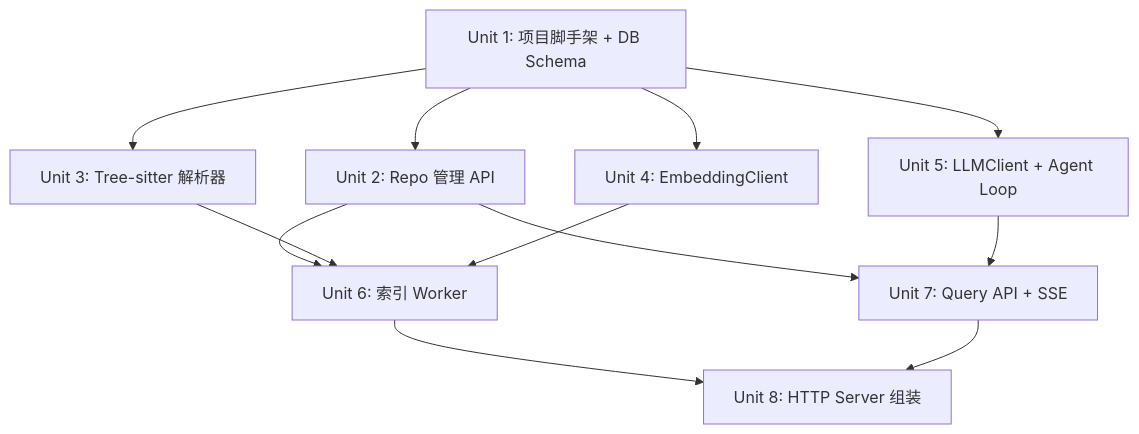
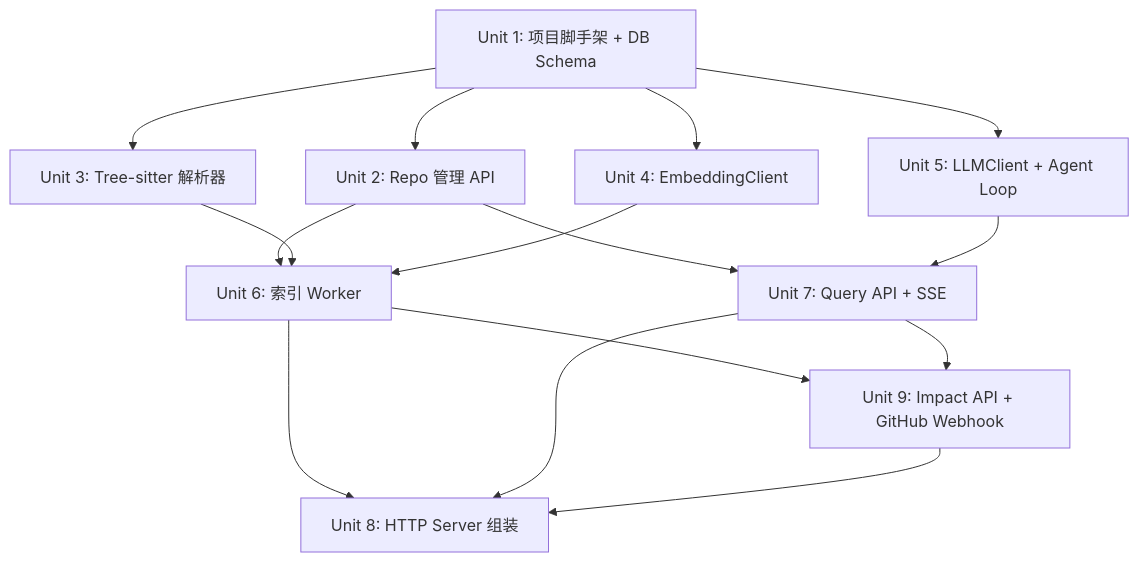
One commit to XbLuzk/netai changed the diagram in docs/plans/2026-04-02-001-feat-logicmap-core-service-plan.md. Above: the diagram before and after it, drawn with Mermaid. The commit also changed other lines of this file, not shown here.

First line of the commit message:
docs: add Unit 9 — Impact Analysis API + GitHub webhook

````diff
--- a/docs/plans/2026-04-02-001-feat-logicmap-core-service-plan.md
+++ b/docs/plans/2026-04-02-001-feat-logicmap-core-service-plan.md
@@ -211,14 +211,17 @@
 ```mermaid
 graph TB
     U1[Unit 1: 项目脚手架 + DB Schema] --> U2[Unit 2: Repo 管理 API]
     U1 --> U3[Unit 3: Tree-sitter 解析器]
     U1 --> U4[Unit 4: EmbeddingClient]
     U1 --> U5[Unit 5: LLMClient + Agent Loop]
     U2 --> U6[Unit 6: 索引 Worker]
     U3 --> U6
     U4 --> U6
     U2 --> U7[Unit 7: Query API + SSE]
     U5 --> U7
+    U6 --> U9[Unit 9: Impact API + GitHub Webhook]
+    U7 --> U9
     U6 --> U8[Unit 8: HTTP Server 组装]
     U7 --> U8
+    U9 --> U8
 ```
````
